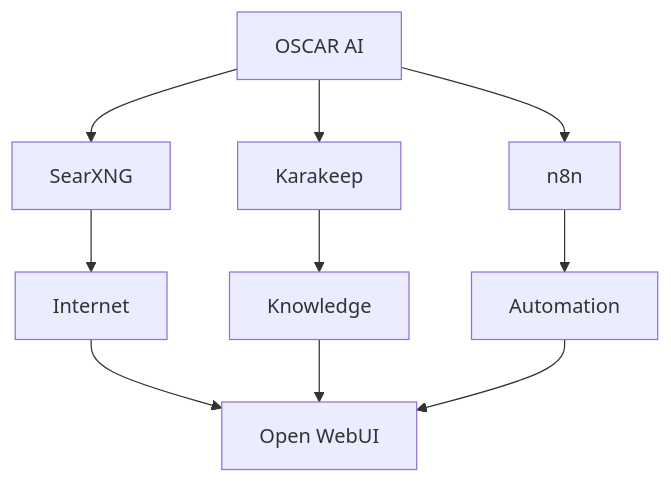
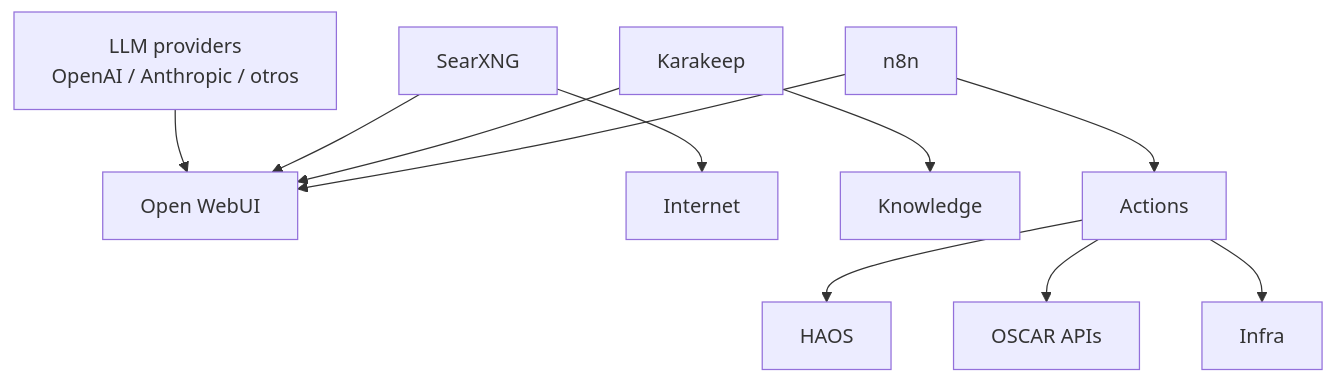
Before and after one commit to rudemex/oscar-homelab: the second of 2 diagrams in docs/ia/vision-general.md, drawn with Mermaid. The commit also changed other lines of this file and 5 other files, not shown here.

First line of the commit message:
docs: OSCAR_FINAL_INFRASTRUCTURE.md reemplaza a OSCAR_TARGET_ARCHITECTURE.md

````diff
--- a/docs/ia/vision-general.md
+++ b/docs/ia/vision-general.md
@@ -27,12 +27,13 @@
 ```mermaid
 flowchart TB
-  AI[OSCAR AI] --> SEARX[SearXNG]
-  AI --> KARA[Karakeep]
-  AI --> N8N[n8n]
+  LLM[LLM providers<br/>OpenAI / Anthropic / otros] --> WEBUI[Open WebUI]
+  SEARX[SearXNG] --> WEBUI
+  KARA[Karakeep] --> WEBUI
+  N8N[n8n] --> WEBUI
   SEARX --> INET[Internet]
   KARA --> KNOW[Knowledge]
-  N8N --> AUTO[Automation]
-  INET --> WEBUI[Open WebUI]
-  KNOW --> WEBUI
-  AUTO --> WEBUI
+  N8N --> ACT[Actions]
+  ACT --> HAOS[HAOS]
+  ACT --> APIS[OSCAR APIs]
+  ACT --> INFRA[Infra]
 ```
````
